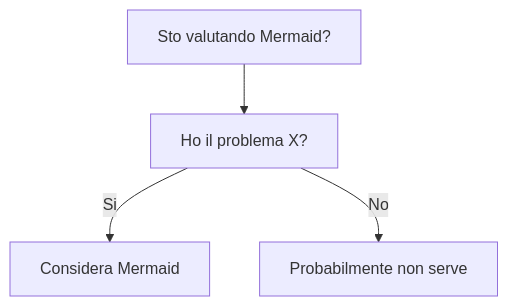
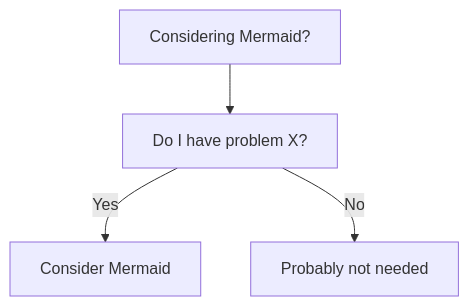
Before and after one commit to HxT9/Software-Dev-Wiki: the diagram in dev-wiki/25_Documentation/Mermaid/When_To_Use.md, drawn with Mermaid. The commit also changed other lines of this file and 3444 other files, not shown here.

````diff
--- a/dev-wiki/25_Documentation/Mermaid/When_To_Use.md
+++ b/dev-wiki/25_Documentation/Mermaid/When_To_Use.md
@@ -19,6 +19,6 @@
 ```mermaid
 flowchart TD
-  Q[Sto valutando Mermaid?] --> Q1[Ho il problema X?]
-  Q1 -->|Si| OK[Considera Mermaid]
-  Q1 -->|No| NO[Probabilmente non serve]
+  Q[Considering Mermaid?] --> Q1[Do I have problem X?]
+  Q1 -->|Yes| OK[Consider Mermaid]
+  Q1 -->|No| NO[Probably not needed]
 ```
````
